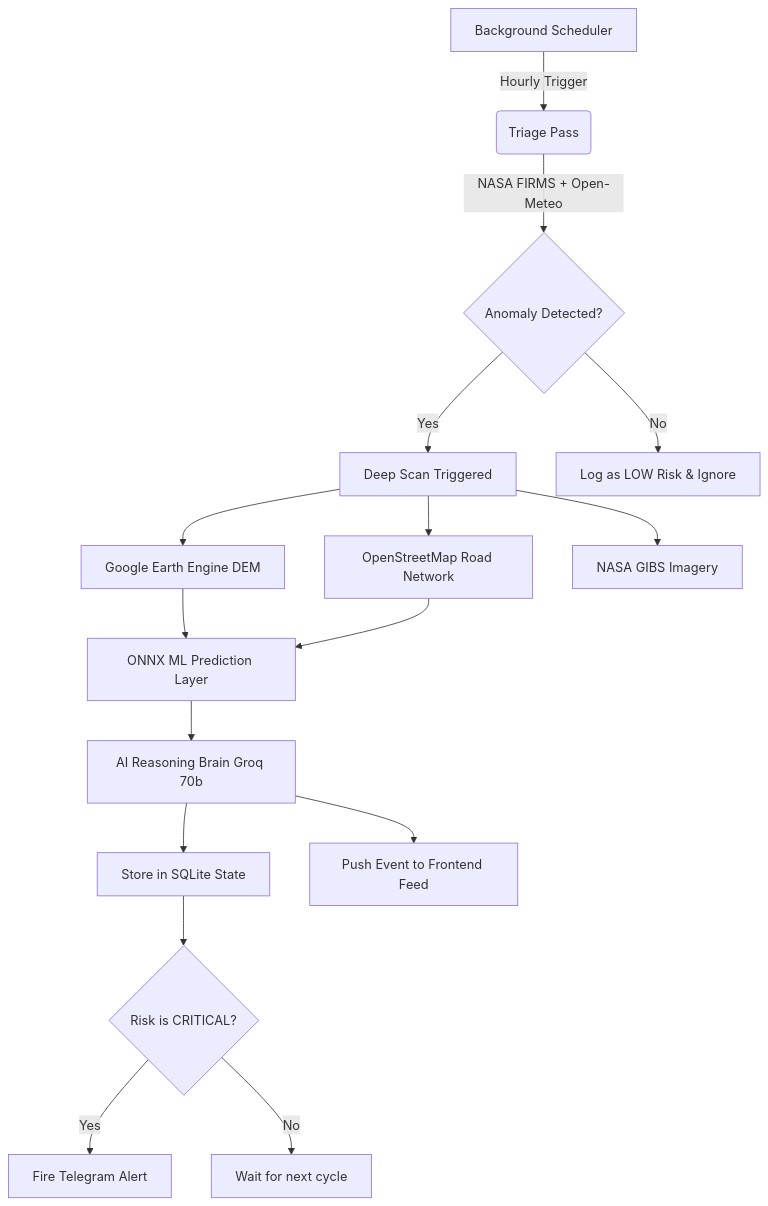
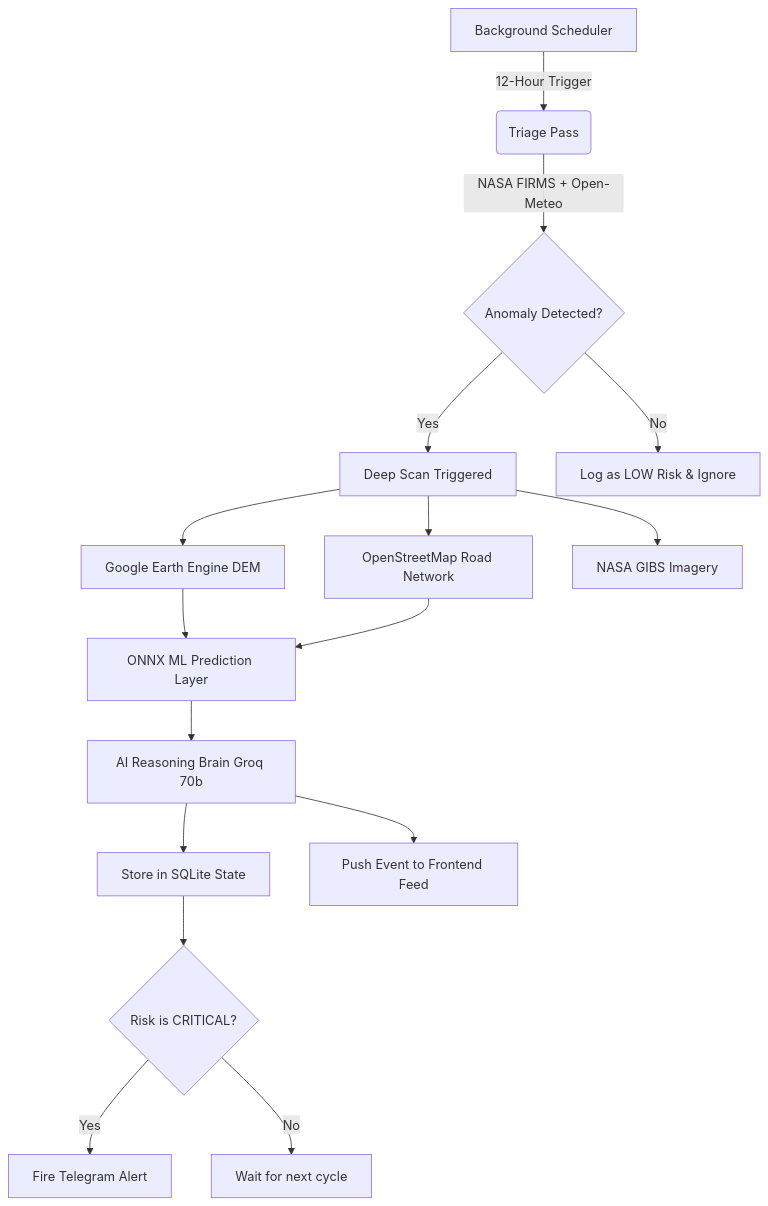
The diagram in README.md (Vishwajeet2005/DisasterMind), drawn with Mermaid before and after one commit. The commit also changed other lines of this file, not shown here.

Commit message:
docs: update README diagram and metrics to accurately reflect the new 12-hour scan cycle and 4,652 cell grid

````diff
--- a/README.md
+++ b/README.md
@@ -87,27 +87,27 @@
 ```mermaid
 graph TD
     %% Triage Phase
-    A[Background Scheduler] -->|Hourly Trigger| B(Triage Pass)
+    A[Background Scheduler] -->|12-Hour Trigger| B(Triage Pass)
     B -->|NASA FIRMS + Open-Meteo| C{Anomaly Detected?}
     C -->|Yes| D[Deep Scan Triggered]
     C -->|No| E[Log as LOW Risk & Ignore]
     
     %% Deep Scan Phase
     D --> F[Google Earth Engine DEM]
     D --> G[OpenStreetMap Road Network]
     D --> H[NASA GIBS Imagery]
     
     %% AI/ML Inference
     F --> I[ONNX ML Prediction Layer]
     G --> I
     
     I --> J[AI Reasoning Brain Groq 70b]
     
     %% Action Phase
     J --> K[Store in SQLite State]
     J --> L[Push Event to Frontend Feed]
     
     K --> M{Risk is CRITICAL?}
     M -->|Yes| N[Fire Telegram Alert]
     M -->|No| O[Wait for next cycle]
 ```
````
